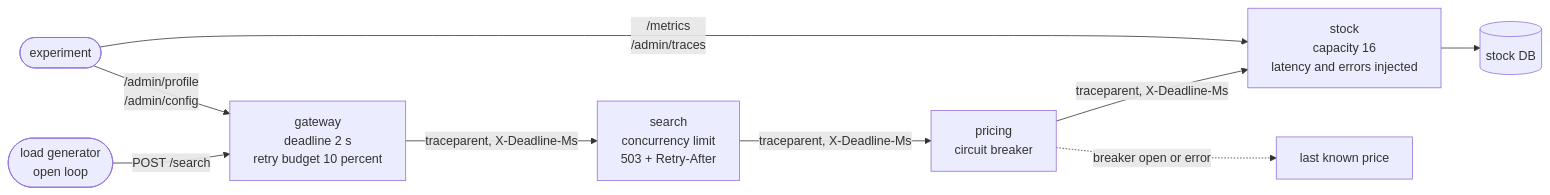
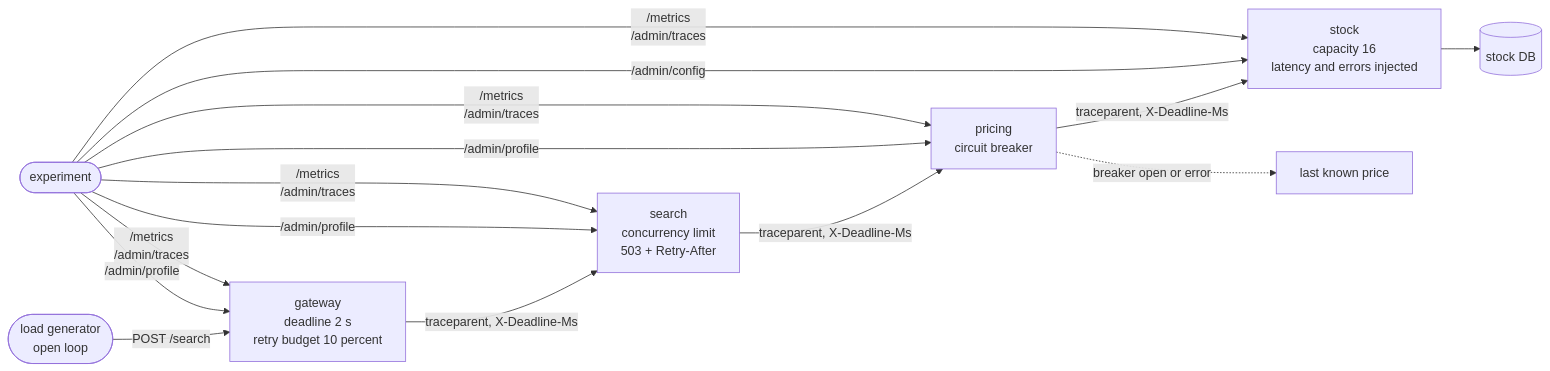
The diagram in ARCHITECTURE.md (plainround-projects/microservices-retry-storm), drawn with Mermaid before and after one commit. The commit also changed 1 other file, not shown here.

Commit message:
docs: align the architecture notes with the code

````diff
--- a/ARCHITECTURE.md
+++ b/ARCHITECTURE.md
@@ -23,11 +23,12 @@
 ```mermaid
 flowchart LR
     load([load generator<br/>open loop]) -->|POST /search| gw[gateway<br/>deadline 2 s<br/>retry budget 10 percent]
     gw -->|traceparent, X-Deadline-Ms| sch[search<br/>concurrency limit<br/>503 + Retry-After]
     sch -->|traceparent, X-Deadline-Ms| prc[pricing<br/>circuit breaker]
     prc -->|traceparent, X-Deadline-Ms| stk[stock<br/>capacity 16<br/>latency and errors injected]
     stk --> db[(stock DB)]
     prc -. breaker open or error .-> cache[last known price]
-    exp([experiment]) -->|/admin/profile<br/>/admin/config| gw
-    exp -->|/metrics<br/>/admin/traces| stk
+    exp([experiment]) -->|/admin/profile| gw & sch & prc
+    exp -->|/admin/config| stk
+    exp -->|/metrics<br/>/admin/traces| gw & sch & prc & stk
 ```
````
